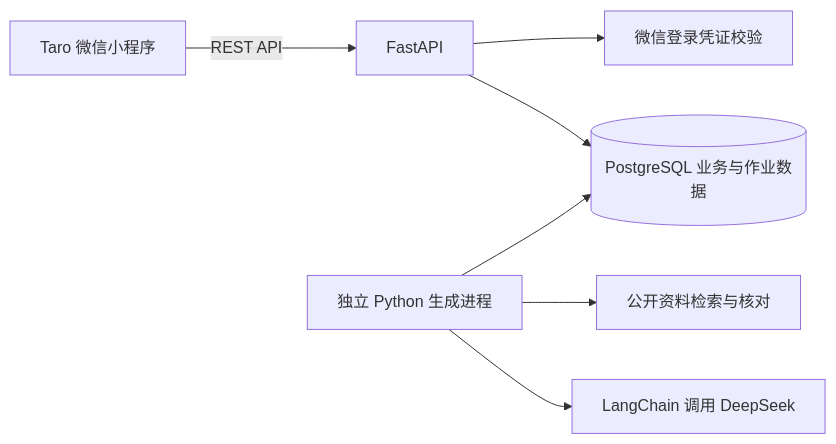
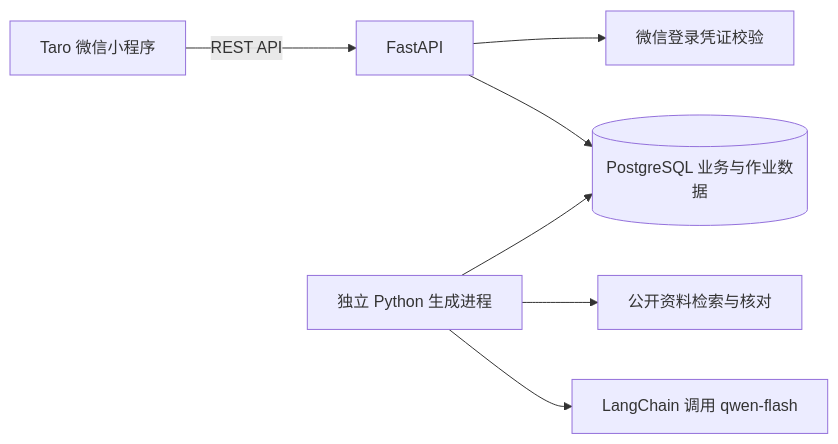
The third of 3 diagrams in docs/方案设计文档.md (Huangbingshuai/ai_learn), drawn with Mermaid before and after one commit. The commit also changed other lines of this file and 13 other files, not shown here.

First line of the commit message:
接入千问 Flash 出题并保留 DeepSeek 回退

````diff
--- a/docs/方案设计文档.md
+++ b/docs/方案设计文档.md
@@ -144,9 +144,9 @@
 ```mermaid
 flowchart LR
     MP[Taro 微信小程序] -->|REST API| API[FastAPI]
     API --> WX[微信登录凭证校验]
     API --> DB[(PostgreSQL 业务与作业数据)]
     Worker[独立 Python 生成进程] --> DB
     Worker --> Search[公开资料检索与核对]
-    Worker --> Model[LangChain 调用 DeepSeek]
+    Worker --> Model[LangChain 调用 qwen-flash]
 ```
````
